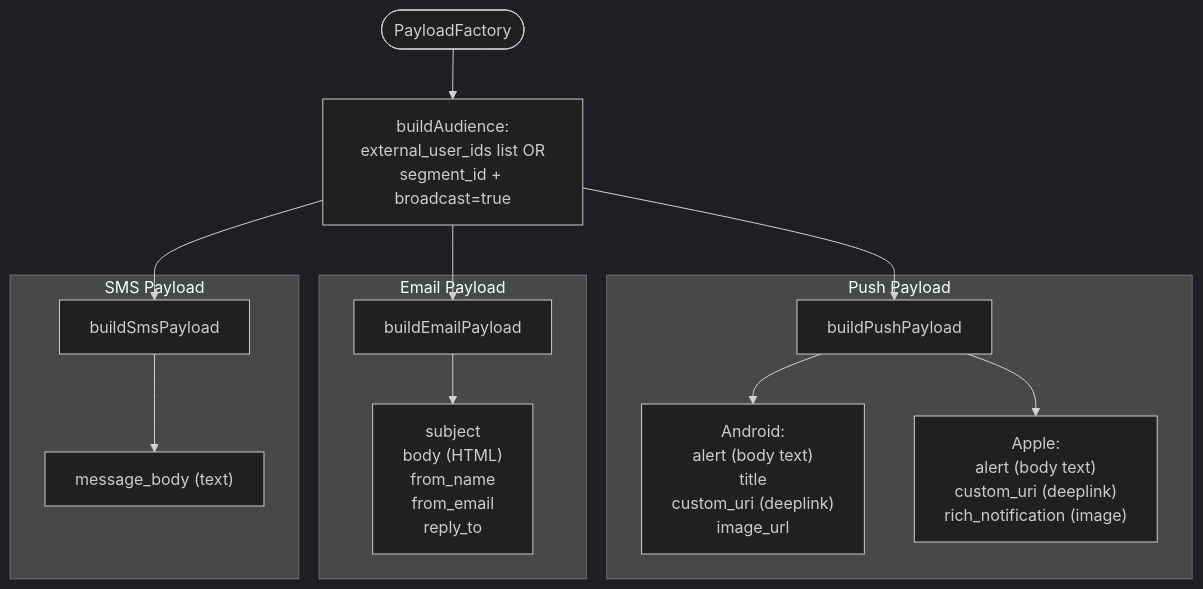
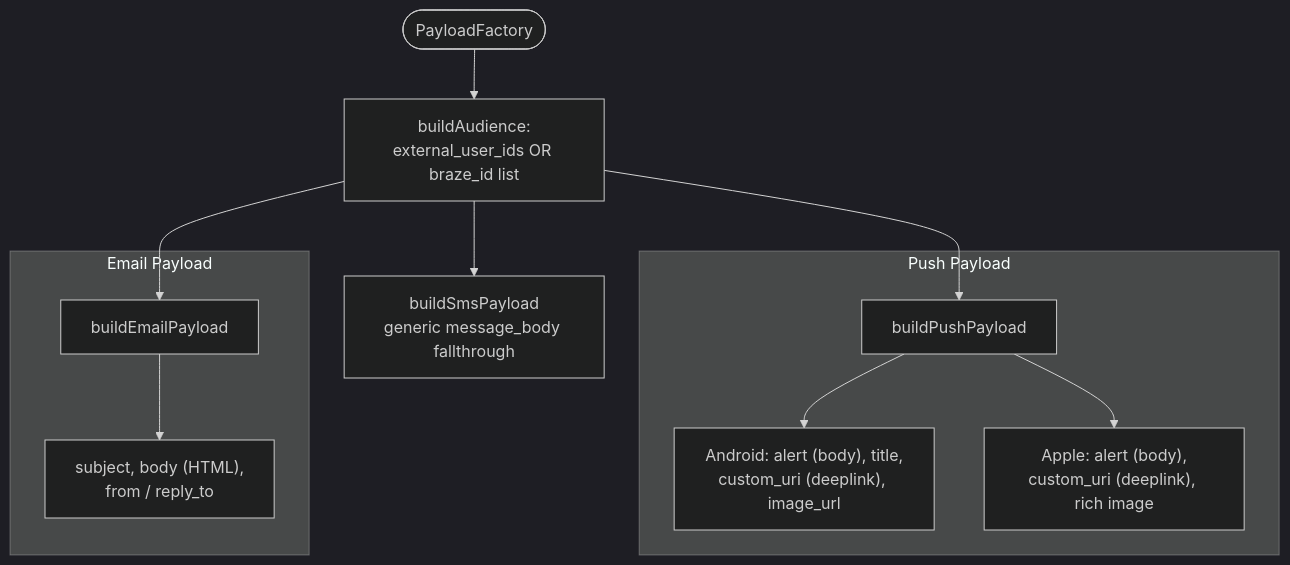
One commit to ender1311/nexusAi changed the second of 3 diagrams in docs/braze-integration.md. Above: the diagram before and after it, drawn with Mermaid (dark theme). The commit also changed other lines of this file and 17 other files, not shown here.

First line of the commit message:
docs: refresh architecture docs to match current app

````diff
--- a/docs/braze-integration.md
+++ b/docs/braze-integration.md
@@ -40,21 +68,17 @@
 ```mermaid
 flowchart TD
-    PF([PayloadFactory]) --> AUDIENCE[buildAudience:<br/>external_user_ids list OR<br/>segment_id + broadcast=true]
+    PF([PayloadFactory]) --> AUDIENCE[buildAudience:<br/>external_user_ids OR braze_id list]
 
     AUDIENCE --> PUSH[buildPushPayload]
     AUDIENCE --> EMAIL[buildEmailPayload]
-    AUDIENCE --> SMS[buildSmsPayload]
+    AUDIENCE --> OTHER[buildSmsPayload<br/>generic message_body fallthrough]
 
     subgraph PUSH_DETAIL["Push Payload"]
-        PUSH --> ANDROID["Android:<br/>alert (body text)<br/>title<br/>custom_uri (deeplink)<br/>image_url"]
-        PUSH --> APPLE["Apple:<br/>alert (body text)<br/>custom_uri (deeplink)<br/>rich_notification (image)"]
+        PUSH --> ANDROID["Android: alert (body), title,<br/>custom_uri (deeplink), image_url"]
+        PUSH --> APPLE["Apple: alert (body),<br/>custom_uri (deeplink), rich image"]
     end
 
     subgraph EMAIL_DETAIL["Email Payload"]
-        EMAIL --> EFIELDS["subject<br/>body (HTML)<br/>from_name<br/>from_email<br/>reply_to"]
-    end
-
-    subgraph SMS_DETAIL["SMS Payload"]
-        SMS --> SFIELDS["message_body (text)"]
+        EMAIL --> EFIELDS["subject, body (HTML),<br/>from / reply_to"]
     end
 ```
````
